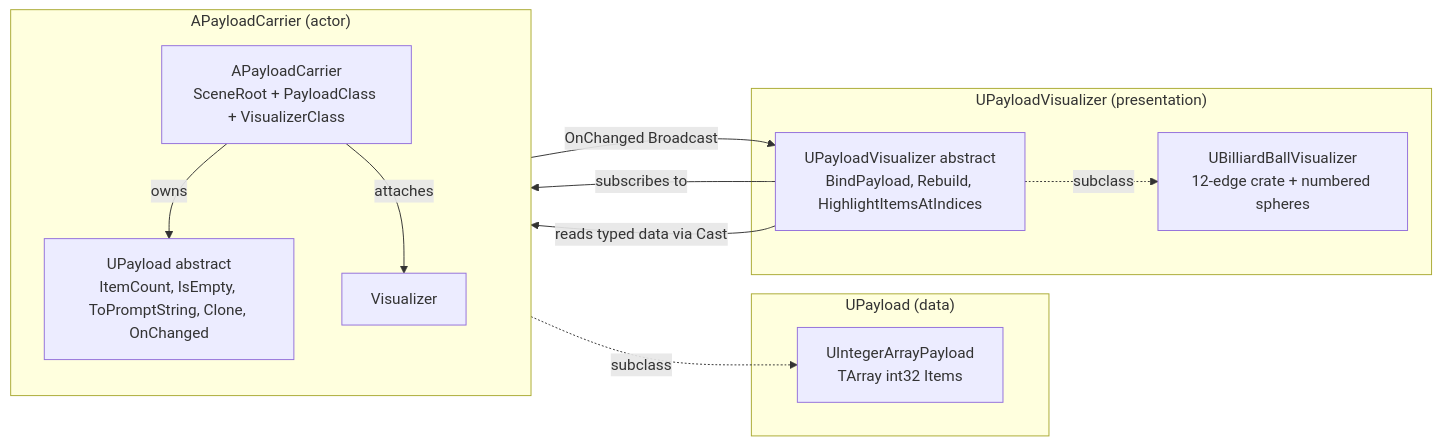
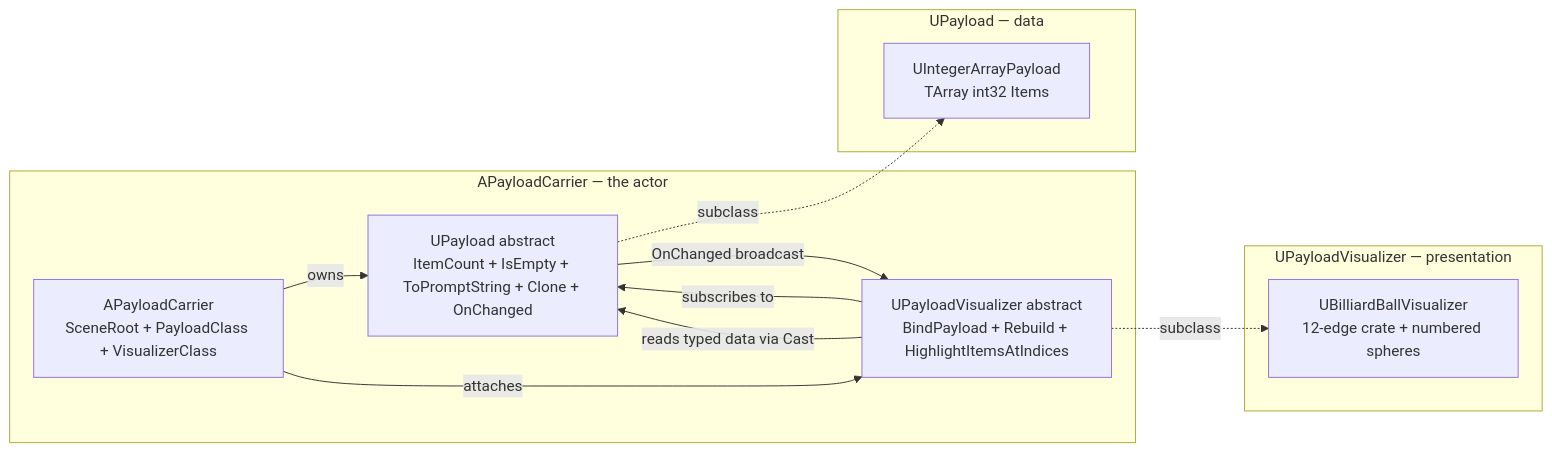
Before and after one commit to eyupgurel/AssemblyLineSimul: diagram 14 of 14 in README.md, drawn with Mermaid. The commit also changed other lines of this file, not shown here.

Commit message:
README: fix Story 38 mermaid rendering on GitHub
Two new mermaid blocks added in d7ad301 contained unquoted node
labels with characters mermaid's parser treats as syntax:

- Fan-out flowchart had `Source[Source carrier<br/>Payload->Items
  = 1,2,3]` — the `->` in the label collides with mermaid's edge
  syntax even inside `[...]`. Quoted the labels and reformatted as
  `Payload.Items = [1,2,3]` for clarity.
- "Three pieces" composition diagram had `Vis[... ItemCount,
  IsEmpty, ToPromptString, Clone, OnChanged]` — commas inside
  unquoted `[...]` labels break parsing. Quoted everything and
  switched comma-separated method lists to `+`-separated.

Also simplified the new diagram's subgraphs to the bare
`subgraph "Title"` form (matches the rest of the README's style)
and renamed the Visualizer node from `Vis` to its full name so
the cross-subgraph edges read clearly.

````diff
--- a/README.md
+++ b/README.md
@@ -1182,25 +1182,24 @@
 ```mermaid
 graph LR
-  subgraph "APayloadCarrier (actor)"
-    direction TB
-    Carrier[APayloadCarrier<br/>SceneRoot + PayloadClass + VisualizerClass]
+  subgraph "APayloadCarrier — the actor"
+    Carrier["APayloadCarrier<br/>SceneRoot + PayloadClass + VisualizerClass"]
     Carrier -- owns --> Payload
     Carrier -- attaches --> Visualizer
   end
 
-  subgraph "UPayload (data)"
-    Payload[UPayload abstract<br/>ItemCount, IsEmpty, ToPromptString, Clone, OnChanged]
-    IntPayload[UIntegerArrayPayload<br/>TArray int32 Items]
-    Payload -.subclass.-> IntPayload
+  subgraph "UPayload — data"
+    Payload["UPayload abstract<br/>ItemCount + IsEmpty + ToPromptString + Clone + OnChanged"]
+    IntPayload["UIntegerArrayPayload<br/>TArray int32 Items"]
+    Payload -. subclass .-> IntPayload
   end
 
-  subgraph "UPayloadVisualizer (presentation)"
-    Vis[UPayloadVisualizer abstract<br/>BindPayload, Rebuild, HighlightItemsAtIndices]
-    Billiard[UBilliardBallVisualizer<br/>12-edge crate + numbered spheres]
-    Vis -.subclass.-> Billiard
+  subgraph "UPayloadVisualizer — presentation"
+    Visualizer["UPayloadVisualizer abstract<br/>BindPayload + Rebuild + HighlightItemsAtIndices"]
+    Billiard["UBilliardBallVisualizer<br/>12-edge crate + numbered spheres"]
+    Visualizer -. subclass .-> Billiard
   end
 
-  Vis -- subscribes to --> Payload
-  Payload -- OnChanged Broadcast --> Vis
-  Vis -- reads typed data via Cast --> Payload
+  Visualizer -- subscribes to --> Payload
+  Payload -- OnChanged broadcast --> Visualizer
+  Visualizer -- reads typed data via Cast --> Payload
 ```
````
